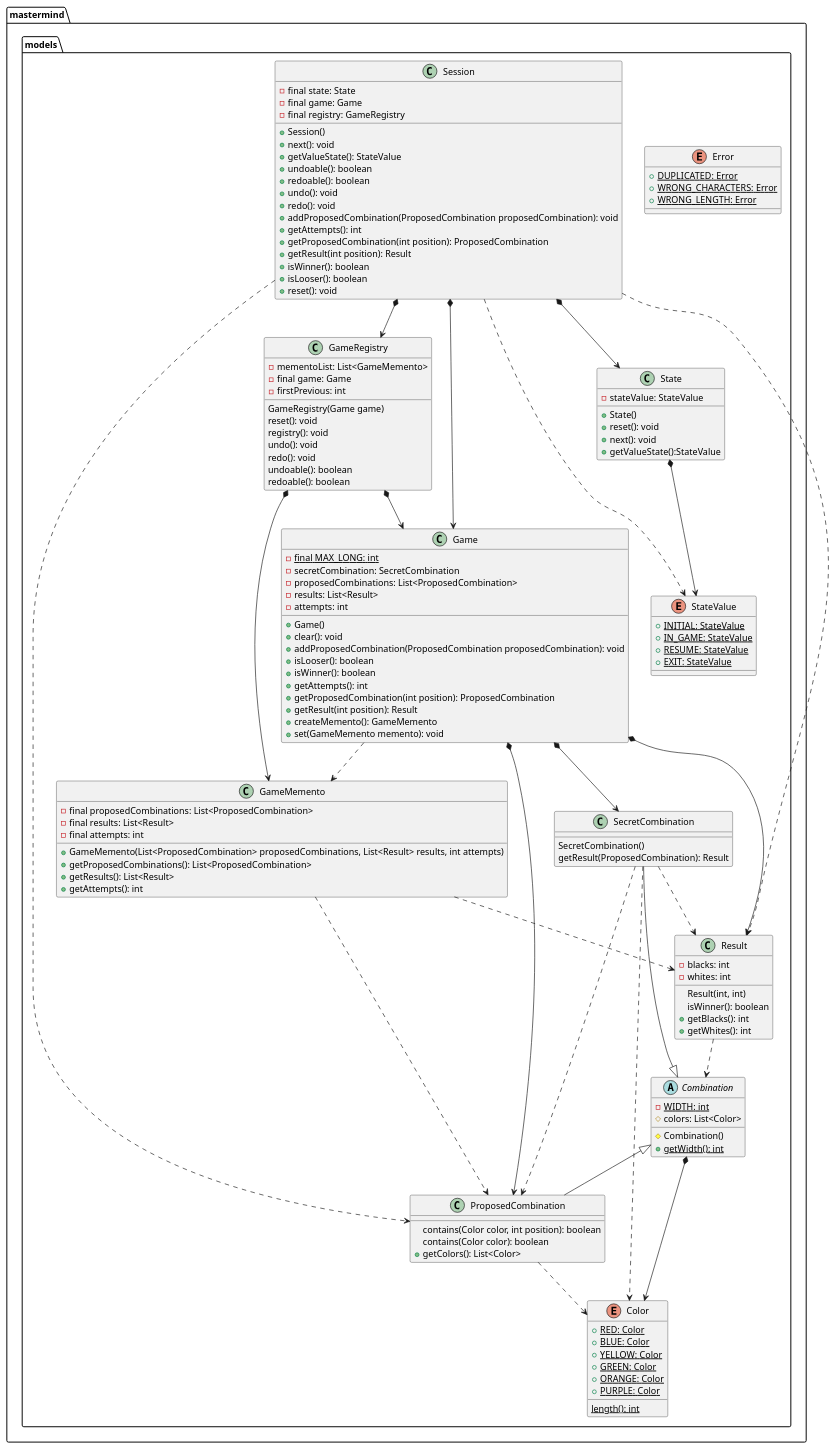
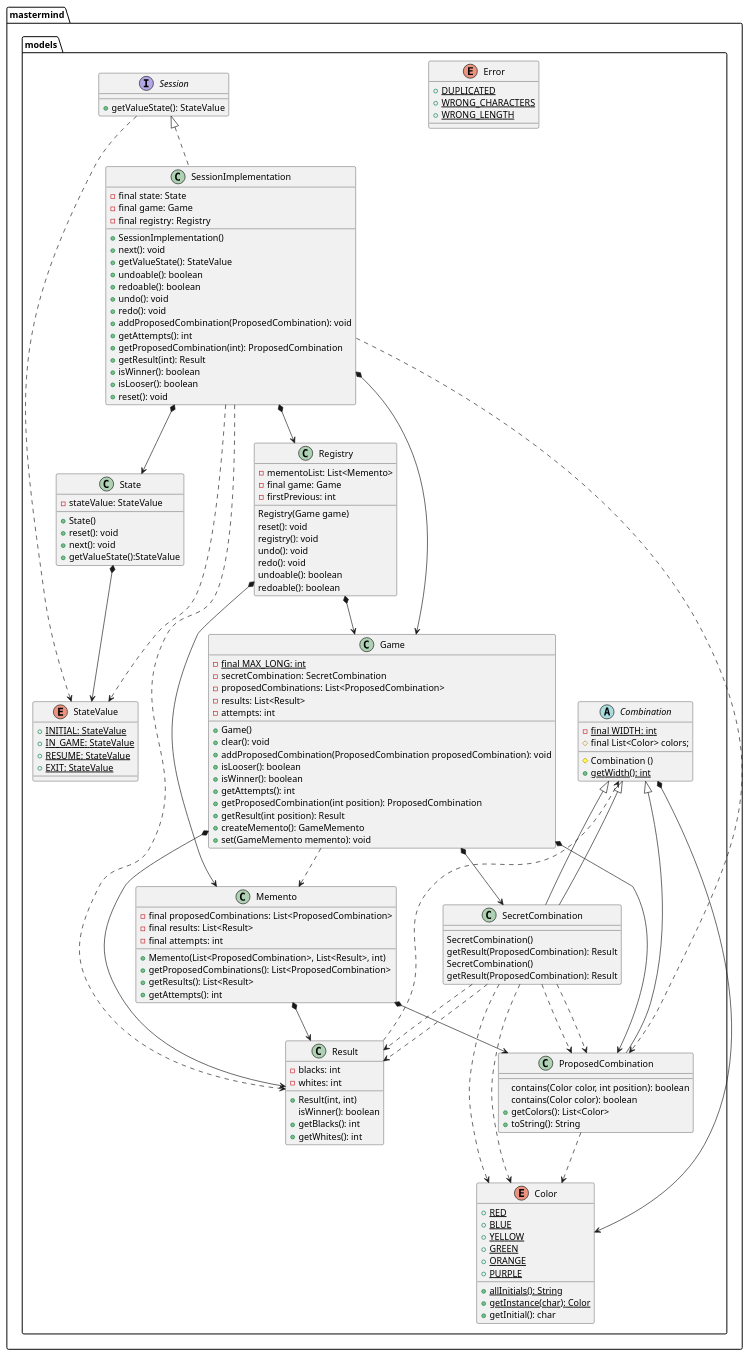
Before and after one commit to amartinm82/mastermind: the fourth of 12 diagrams in docs/src/docs/asciidoc/index.adoc, drawn with PlantUML. The commit also changed other lines of this file and 29 other files, not shown here.

```diff
--- a/docs/src/docs/asciidoc/index.adoc
+++ b/docs/src/docs/asciidoc/index.adoc
@@ -307,156 +272,167 @@
 [plantuml,paqueteMastermindModel,svg]
 ....
 
-enum mastermind.models.Color{
-+ {static} RED: Color
-+ {static} BLUE: Color
-+ {static} YELLOW: Color
-+ {static} GREEN: Color
-+ {static} ORANGE: Color
-+ {static} PURPLE: Color
-{static} length(): int
+namespace mastermind.models {
+
+    enum Color {
+        {static} +RED
+        {static} +BLUE
+        {static} +YELLOW
+        {static} +GREEN
+        {static} +ORANGE
+        {static} +PURPLE
+        {static} +allInitials(): String
+        {static} +getInstance(char): Color
+        +getInitial(): char
+    }
+
+    abstract class Combination {
+        - {static} final WIDTH: int
+        # final List<Color> colors;
+
+        # Combination ()
+        + {static} getWidth(): int
+    }
+    Combination *--> Color
+
+    enum Error {
+        {static} +DUPLICATED
+        {static} +WRONG_CHARACTERS
+        {static} +WRONG_LENGTH
+    }
+
+    class  Game{
+        - {static} final MAX_LONG: int
+        - secretCombination: SecretCombination
+        - proposedCombinations: List<ProposedCombination>
+        - results: List<Result>
+        - attempts: int
+        + Game()
+        + clear(): void
+        + addProposedCombination(ProposedCombination proposedCombination): void
+        + isLooser(): boolean
+        + isWinner(): boolean
+        + getAttempts(): int
+        + getProposedCombination(int position): ProposedCombination
+        + getResult(int position): Result
+        + createMemento(): GameMemento
+        + set(GameMemento memento): void
+    }
+    Game *-down-> SecretCombination
+    Game *-down-> Result
+    Game *-down-> ProposedCombination
+    Game .down.> Memento
+
+    class Memento {
+        - final proposedCombinations: List<ProposedCombination>
+        - final results: List<Result>
+        - final attempts: int
+
+        +Memento(List<ProposedCombination>, List<Result>, int)
+        +getProposedCombinations(): List<ProposedCombination>
+        +getResults(): List<Result>
+        +getAttempts(): int
+    }
+    Memento *-down-> Result
+    Memento *-down-> ProposedCombination
+
+    class ProposedCombination extends Combination {
+        contains(Color color, int position): boolean
+        contains(Color color): boolean
+        + getColors(): List<Color>
+        + toString(): String
+    }
+    ProposedCombination .down.> Color
+
+    class Registry {
+        - mementoList: List<Memento>
+        - final game: Game
+        - firstPrevious: int
+
+        Registry(Game game)
+        reset(): void
+        registry(): void
+        undo(): void
+        redo(): void
+        undoable(): boolean
+        redoable(): boolean
+    }
+    Registry *--> Memento
+    Registry *--> Game
+
+    class mastermind.models.Result{
+        - blacks: int
+        - whites: int
+        + Result(int, int)
+        isWinner(): boolean
+        + getBlacks(): int
+        + getWhites(): int
+    }
+    Result .down.> Combination
+
+    class SecretCombination extends Combination{
+        SecretCombination()
+        getResult(ProposedCombination): Result
+    }
+    SecretCombination .down.> Result
+    SecretCombination .down.> ProposedCombination
+    SecretCombination .down.> Color
+
+    interface Session {
+        + getValueState(): StateValue
+    }
+    Session ..> StateValue
+
+    class SessionImplementation implements Session{
+        - final state: State
+        - final game: Game
+        - final registry: Registry
+
+        + SessionImplementation()
+        +next(): void
+        +getValueState(): StateValue
+        +undoable(): boolean
+        +redoable(): boolean
+        +undo(): void
+        +redo(): void
+        +addProposedCombination(ProposedCombination): void
+        +getAttempts(): int
+        +getProposedCombination(int): ProposedCombination
+        +getResult(int): Result
+        +isWinner(): boolean
+        +isLooser(): boolean
+        +reset(): void
+    }
+    SessionImplementation *--> State
+    SessionImplementation *--> Game
+    SessionImplementation *--> Registry
+    SessionImplementation ..> StateValue
+    SessionImplementation ..> ProposedCombination
+    SessionImplementation ..> Result
+
+    class mastermind.models.State {
+        - stateValue: StateValue
+        + State()
+        + reset(): void
+        + next(): void
+        + getValueState():StateValue
+    }
+    State *-down-> StateValue
+
+    enum mastermind.models.StateValue {
+        + {static} INITIAL: StateValue
+        + {static} IN_GAME: StateValue
+        + {static} RESUME: StateValue
+        + {static} EXIT: StateValue
+    }
+
+    class  SecretCombination extends Combination{
+        SecretCombination()
+        getResult(ProposedCombination): Result
+    }
+    SecretCombination .down.> Result
+    SecretCombination .down.> ProposedCombination
+    SecretCombination .down.> Color
+
 }
-
-class  mastermind.models.Game{
-- {static} final MAX_LONG: int
-- secretCombination: SecretCombination
-- proposedCombinations: List<ProposedCombination>
-- results: List<Result>
-- attempts: int
-+ Game()
-+ clear(): void
-+ addProposedCombination(ProposedCombination proposedCombination): void
-+ isLooser(): boolean
-+ isWinner(): boolean
-+ getAttempts(): int
-+ getProposedCombination(int position): ProposedCombination
-+ getResult(int position): Result
-+ createMemento(): GameMemento
-+ set(GameMemento memento): void
-}
-mastermind.models.Game *-down-> mastermind.models.SecretCombination
-mastermind.models.Game *-down-> mastermind.models.Result
-mastermind.models.Game *-down-> mastermind.models.ProposedCombination
-mastermind.models.Game .down.> mastermind.models.GameMemento
-
-class  mastermind.models.ProposedCombination extends mastermind.models.Combination {
-contains(Color color, int position): boolean
-contains(Color color): boolean
-+ getColors(): List<Color>
-}
-
-mastermind.models.ProposedCombination .down.> mastermind.models.Color
-
-class mastermind.models.Result{
-- blacks: int
-- whites: int
-Result(int, int)
-isWinner(): boolean
-+ getBlacks(): int
-+ getWhites(): int
-}
-
-mastermind.models.Result .down.> mastermind.models.Combination
-
-class  mastermind.models.SecretCombination extends mastermind.models.Combination{
-SecretCombination()
-getResult(ProposedCombination): Result
-}
-
-mastermind.models.SecretCombination .down.> mastermind.models.Result
-mastermind.models.SecretCombination .down.> mastermind.models.ProposedCombination
-mastermind.models.SecretCombination .down.> mastermind.models.Color
-
-abstract class mastermind.models.Combination{
-- {static} WIDTH: int
-# colors: List<Color>
-# Combination()
-+ {static} getWidth(): int
-}
-mastermind.models.Combination *-down-> mastermind.models.Color
-
-class mastermind.models.State {
-- stateValue: StateValue
-+ State()
-+ reset(): void
-+ next(): void
-+ getValueState():StateValue
-}
-
-mastermind.models.State *-down-> mastermind.models.StateValue
-
-enum mastermind.models.StateValue {
-+ {static} INITIAL: StateValue
-+ {static} IN_GAME: StateValue
-+ {static} RESUME: StateValue
-+ {static} EXIT: StateValue
-}
-
-enum mastermind.models.Error{
-+ {static} DUPLICATED: Error
-+ {static} WRONG_CHARACTERS: Error
-+ {static} WRONG_LENGTH: Error
-}
-
-class mastermind.models.GameMemento {
-
-- final proposedCombinations: List<ProposedCombination>
-- final results: List<Result>
-- final attempts: int
-
-+ GameMemento(List<ProposedCombination> proposedCombinations, List<Result> results, int attempts)
-+ getProposedCombinations(): List<ProposedCombination>
-+ getResults(): List<Result>
-+ getAttempts(): int
-}
-
-mastermind.models.GameMemento .down.> mastermind.models.ProposedCombination
-mastermind.models.GameMemento .down.> mastermind.models.Result
-
-class mastermind.models.GameRegistry {
-
-- mementoList: List<GameMemento>
-- final game: Game
-- firstPrevious: int
-
-GameRegistry(Game game)
-reset(): void
-registry(): void
-undo(): void
-redo(): void
-undoable(): boolean
-redoable(): boolean
-}
-
-mastermind.models.GameRegistry *-down-> mastermind.models.GameMemento
-mastermind.models.GameRegistry *-down-> mastermind.models.Game
-
-class mastermind.models.Session {
-
-- final state: State
-- final game: Game
-- final registry: GameRegistry
-
-+ Session()
-+ next(): void
-+ getValueState(): StateValue
-+ undoable(): boolean
-+ redoable(): boolean
-+ undo(): void
-+ redo(): void
-+ addProposedCombination(ProposedCombination proposedCombination): void
-+ getAttempts(): int
-+ getProposedCombination(int position): ProposedCombination
-+ getResult(int position): Result
-+ isWinner(): boolean
-+ isLooser(): boolean
-+ reset(): void
-}
-
-mastermind.models.Session *-down-> mastermind.models.State
-mastermind.models.Session *-down-> mastermind.models.Game
-mastermind.models.Session *-down-> mastermind.models.GameRegistry
-mastermind.models.Session .down.> mastermind.models.StateValue
-mastermind.models.Session .down.> mastermind.models.ProposedCombination
-mastermind.models.Session .down.> mastermind.models.Result
 ....
```
